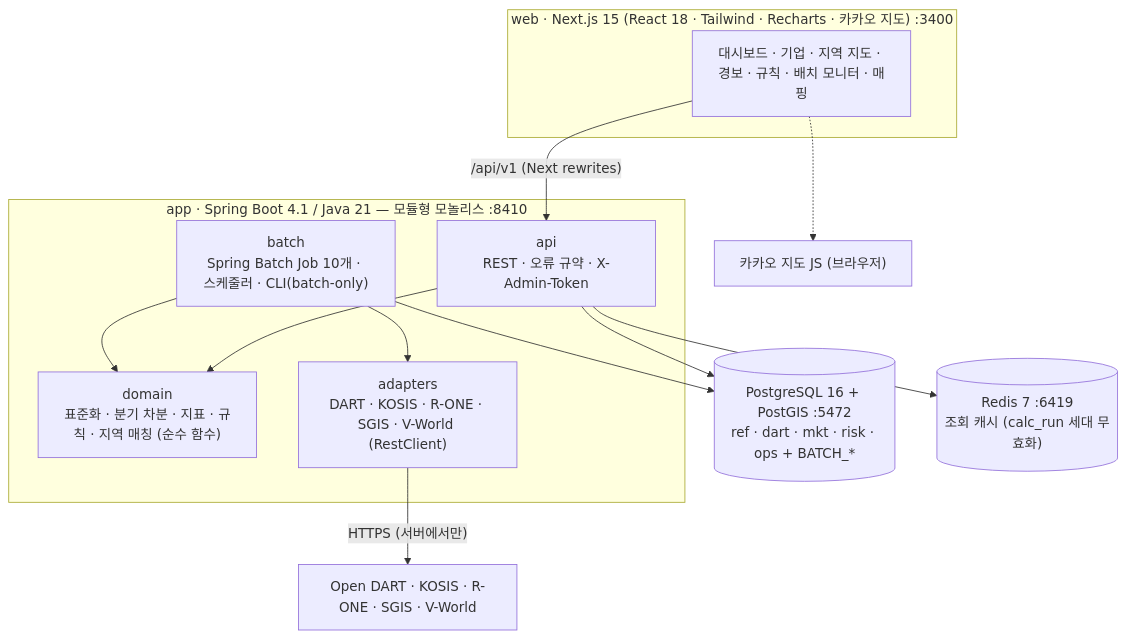
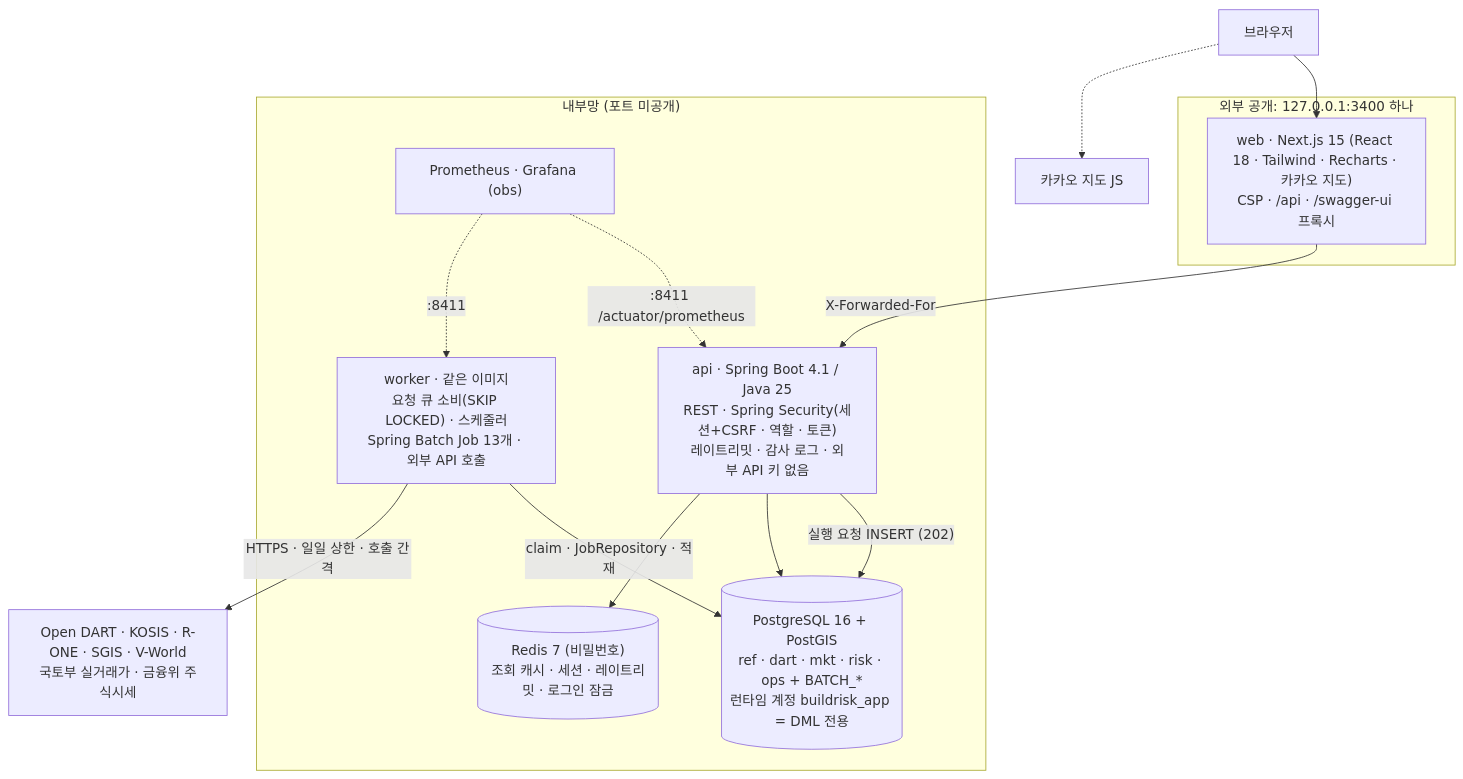
The first of 2 diagrams in README.md (Jinyoung-Kang/buildrisk-radar), drawn with Mermaid before and after one commit. The commit also changed other lines of this file and 40 other files, not shown here.

````diff
--- a/README.md
+++ b/README.md
@@ -83,26 +107,27 @@
 ```mermaid
 flowchart TB
-  subgraph web["web · Next.js 15 (React 18 · Tailwind · Recharts · 카카오 지도) :3400"]
-    pages["대시보드 · 기업 · 지역 지도 · 경보 · 규칙 · 배치 모니터 · 매핑"]
+  user["브라우저"]
+  subgraph edge["외부 공개: 127.0.0.1:3400 하나"]
+    web["web · Next.js 15 (React 18 · Tailwind · Recharts · 카카오 지도)<br/>CSP · /api · /swagger-ui 프록시"]
   end
-  subgraph app["app · Spring Boot 4.1 / Java 21 — 모듈형 모놀리스 :8410"]
-    api["api<br/>REST · 오류 규약 · X-Admin-Token"]
-    batch["batch<br/>Spring Batch Job 10개 · 스케줄러 · CLI(batch-only)"]
-    domain["domain<br/>표준화 · 분기 차분 · 지표 · 규칙 · 지역 매칭 (순수 함수)"]
-    adapters["adapters<br/>DART · KOSIS · R-ONE · SGIS · V-World (RestClient)"]
+  subgraph internal["내부망 (포트 미공개)"]
+    api["api · Spring Boot 4.1 / Java 25<br/>REST · Spring Security(세션+CSRF · 역할 · 토큰)<br/>레이트리밋 · 감사 로그 · 외부 API 키 없음"]
+    worker["worker · 같은 이미지<br/>요청 큐 소비(SKIP LOCKED) · 스케줄러<br/>Spring Batch Job 13개 · 외부 API 호출"]
+    pg[("PostgreSQL 16 + PostGIS<br/>ref · dart · mkt · risk · ops + BATCH_*<br/>런타임 계정 buildrisk_app = DML 전용")]
+    redis[("Redis 7 (비밀번호)<br/>조회 캐시 · 세션 · 레이트리밋 · 로그인 잠금")]
+    prom["Prometheus · Grafana (obs)"]
   end
-  pg[("PostgreSQL 16 + PostGIS :5472<br/>ref · dart · mkt · risk · ops + BATCH_*")]
-  redis[("Redis 7 :6419<br/>조회 캐시 (calc_run 세대 무효화)")]
-  ext["Open DART · KOSIS · R-ONE · SGIS · V-World"]
-  kakao["카카오 지도 JS (브라우저)"]
+  ext["Open DART · KOSIS · R-ONE · SGIS · V-World<br/>국토부 실거래가 · 금융위 주식시세"]
+  kakao["카카오 지도 JS"]
 
-  pages -- "/api/v1 (Next rewrites)" --> api
-  api --> domain
-  batch --> domain
-  batch --> adapters
-  adapters -- "HTTPS (서버에서만)" --> ext
+  user --> web
+  user -.-> kakao
+  web -- "X-Forwarded-For" --> api
+  api -- "실행 요청 INSERT (202)" --> pg
+  worker -- "claim · JobRepository · 적재" --> pg
+  worker -- "HTTPS · 일일 상한 · 호출 간격" --> ext
   api --> pg
-  batch --> pg
   api --> redis
-  pages -.-> kakao
+  prom -. ":8411 /actuator/prometheus" .-> api
+  prom -. ":8411" .-> worker
 ```
````
